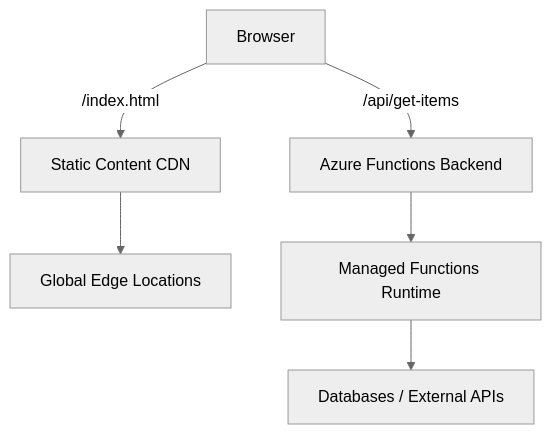
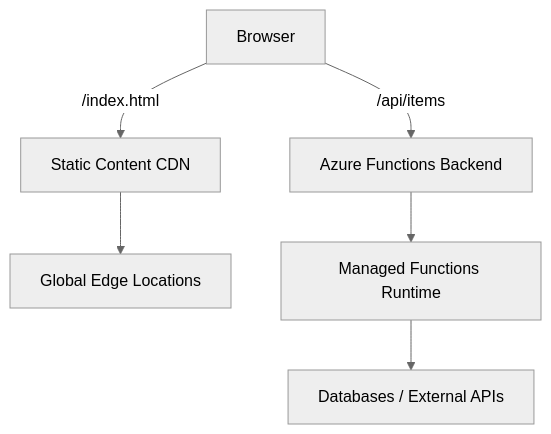
The diagram in posts/2026-02-16-how-to-add-a-serverless-api-backend-using-azure-functions-in-azure-static-web-apps/README.md (OneUptime/blog), drawn with Mermaid (neutral theme) before and after one commit. The commit also changed other lines of this file and 2 other files, not shown here.

Commit message:
validate: 2026-02-16-how-to-add-a-serverless-api-backend-using-azure-functions-in-azure-static-web-apps

````diff
--- a/posts/2026-02-16-how-to-add-a-serverless-api-backend-using-azure-functions-in-azure-static-web-apps/README.md
+++ b/posts/2026-02-16-how-to-add-a-serverless-api-backend-using-azure-functions-in-azure-static-web-apps/README.md
@@ -36,8 +36,8 @@
 ```mermaid
 graph TD
     A[Browser] -->|/index.html| B[Static Content CDN]
-    A -->|/api/get-items| C[Azure Functions Backend]
+    A -->|/api/items| C[Azure Functions Backend]
     B --> D[Global Edge Locations]
     C --> E[Managed Functions Runtime]
     E --> F[Databases / External APIs]
 ```
````
